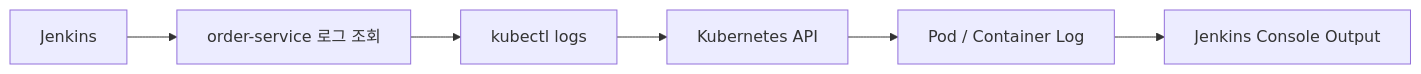
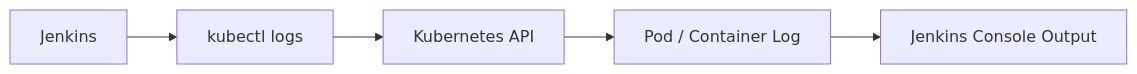
Before and after one commit to jw3418/jw3418.github.io: the ninth of 19 diagrams in _posts/2026-08-16-kubernetes-application-logs.md, drawn with Mermaid. The commit also changed other lines of this file, not shown here.

First line of the commit message:
Revise Kubernetes application logs explanation

````diff
--- a/_posts/2026-08-16-kubernetes-application-logs.md
+++ b/_posts/2026-08-16-kubernetes-application-logs.md
@@ -316,8 +279,7 @@
 ```mermaid
 flowchart LR
-    J["Jenkins"] --> A["order-service 로그 조회"]
-    A --> K["kubectl logs"]
+    J["Jenkins"] --> K["kubectl logs"]
     K --> API["Kubernetes API"]
     API --> P["Pod / Container Log"]
     P --> C["Jenkins Console Output"]
 ```
````
